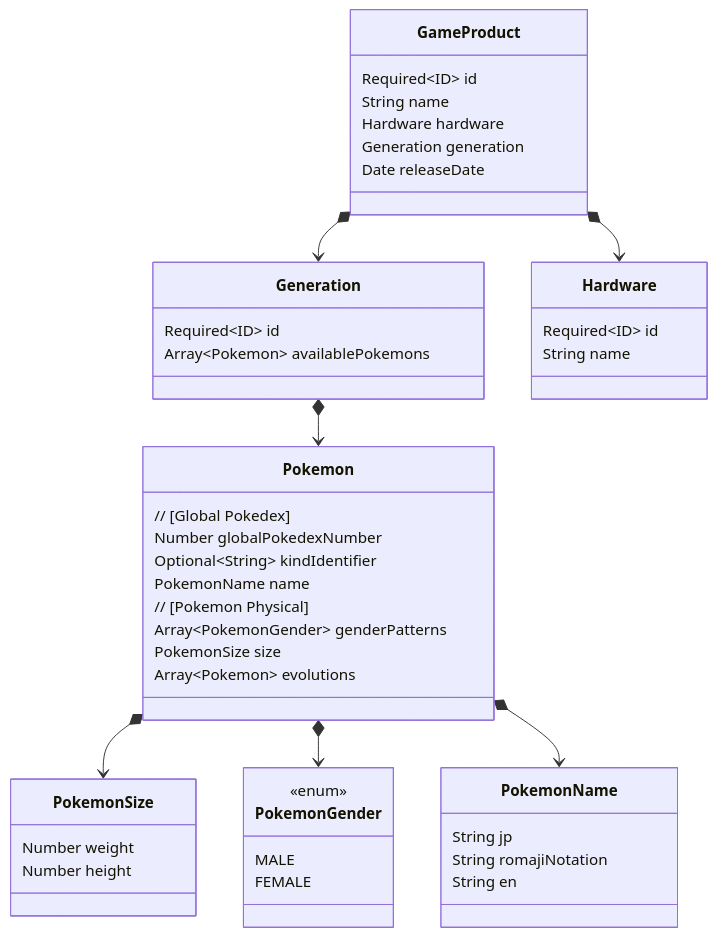
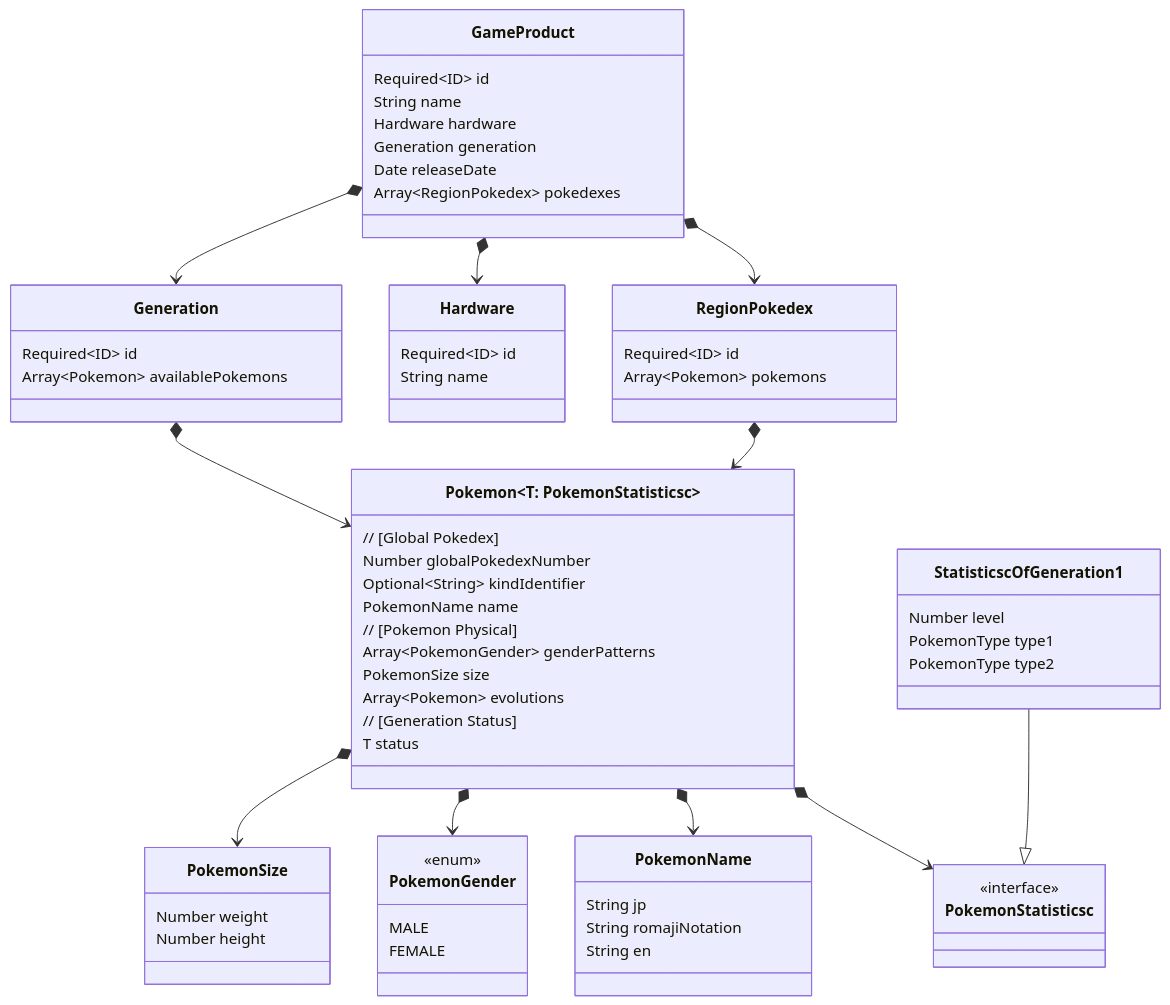
The diagram in pokemon-class.md (O6lvl4/pokemon-doc), drawn with Mermaid before and after one commit.

Commit message:
Add poekemon generation1 parameters

````diff
--- a/pokemon-class.md
+++ b/pokemon-class.md
@@ -1,56 +1,79 @@
 ```mermaid
 classDiagram
 
-    class Pokemon {
+    class Pokemon~T: PokemonStatisticsc~ {
         // [Global Pokedex]
         Number globalPokedexNumber
         Optional~String~ kindIdentifier
         PokemonName name
 
         // [Pokemon Physical]
         Array~PokemonGender~ genderPatterns
         PokemonSize size
         Array~Pokemon~ evolutions
+
+        // [Generation Status]
+        T status
     }
     Pokemon *--> PokemonSize
     Pokemon *--> PokemonGender
     Pokemon *--> PokemonName
+    Pokemon *--> PokemonStatisticsc
 
     class PokemonSize {
         Number weight
         Number height
     }
 
     class PokemonGender {
         <<enum>>
         MALE
         FEMALE
     }
 
     class PokemonName {
         String jp
         String romajiNotation
         String en
     }
 
     class Generation {
         Required~ID~ id
         Array~Pokemon~ availablePokemons
     }
-    Generation *--> Pokemon    
+    Generation *--> Pokemon
+
+    class PokemonStatisticsc {
+        <<interface>>
+    }
+
+    class StatisticscOfGeneration1 {
+        Number level
+        PokemonType type1
+        PokemonType type2
+    }
+    StatisticscOfGeneration1 --|> PokemonStatisticsc
 
     class GameProduct {
         Required~ID~ id
         String name
         Hardware hardware
         Generation generation
         Date releaseDate
+        Array~RegionPokedex~ pokedexes
     }
     GameProduct *--> Hardware
     GameProduct *--> Generation
+    GameProduct *--> RegionPokedex
 
     class Hardware {
         Required~ID~ id
         String name
     }
+
+    class RegionPokedex {
+        Required~ID~ id
+        Array~Pokemon~ pokemons
+    }
+    RegionPokedex *--> Pokemon
 ```
````
